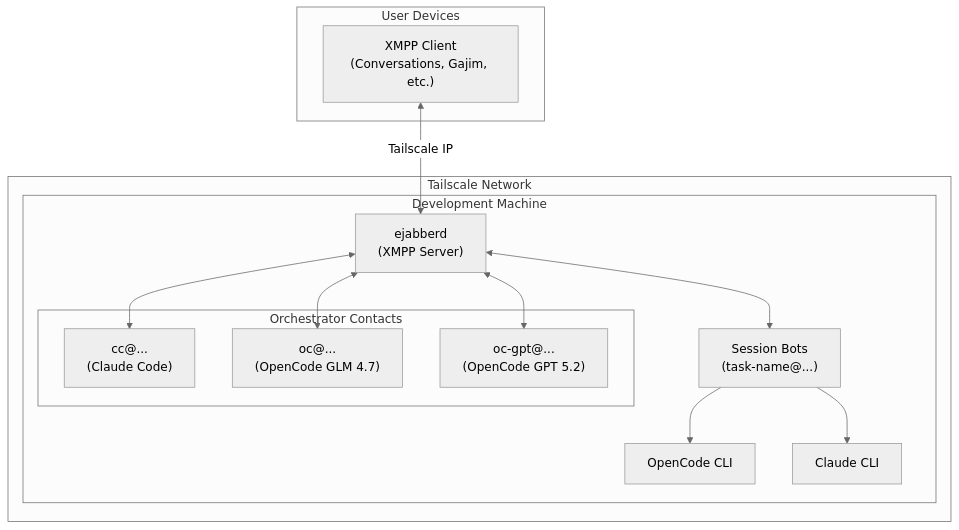
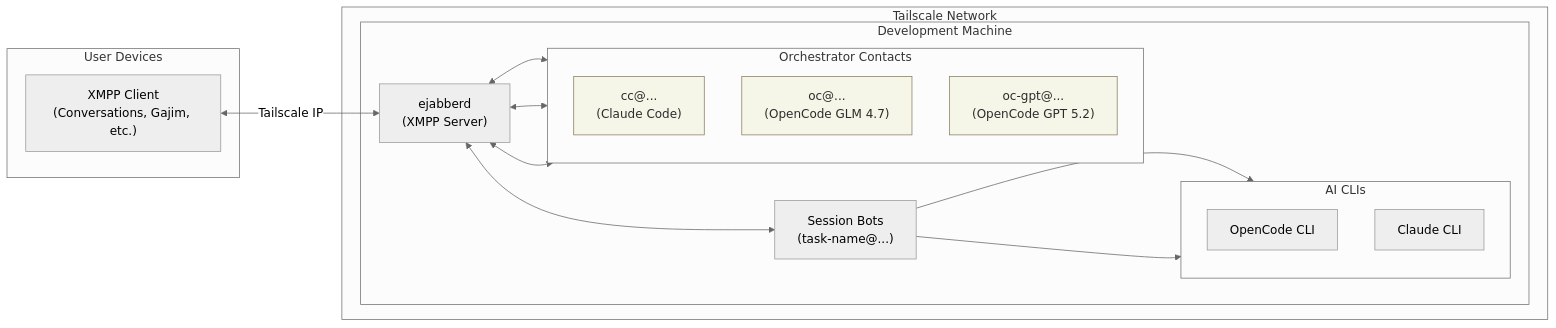
The diagram in docs/architecture.md (chknlittle/switch), drawn with Mermaid (neutral theme) before and after one commit.

Commit message:
Restructure architecture diagram flowchart orientation

````diff
--- a/docs/architecture.md
+++ b/docs/architecture.md
@@ -9,28 +9,38 @@
 ```mermaid
-flowchart TB
+flowchart LR
     subgraph User["User Devices"]
         Client["XMPP Client<br/>(Conversations, Gajim, etc.)"]
     end
 
     subgraph Tailnet["Tailscale Network"]
         subgraph DevBox["Development Machine"]
             XMPP["ejabberd<br/>(XMPP Server)"]
+
             subgraph Orchestrators["Orchestrator Contacts"]
+                direction TB
                 CC["cc@...<br/>(Claude Code)"]
                 OC["oc@...<br/>(OpenCode GLM 4.7)"]
                 OCGPT["oc-gpt@...<br/>(OpenCode GPT 5.2)"]
             end
+
             Sessions["Session Bots<br/>(task-name@...)"]
-            OpenCode["OpenCode CLI"]
-            Claude["Claude CLI"]
+
+            subgraph Engines["AI CLIs"]
+                direction TB
+                OpenCode["OpenCode CLI"]
+                Claude["Claude CLI"]
+            end
         end
     end
 
     Client <-->|"Tailscale IP"| XMPP
     XMPP <--> CC
     XMPP <--> OC
     XMPP <--> OCGPT
     XMPP <--> Sessions
     Sessions --> OpenCode
     Sessions --> Claude
+
+    classDef orchestrator fill:#f5f5e8,stroke:#8a7d60,color:#2c2c2c;
+    class CC,OC,OCGPT orchestrator;
 ```
````
